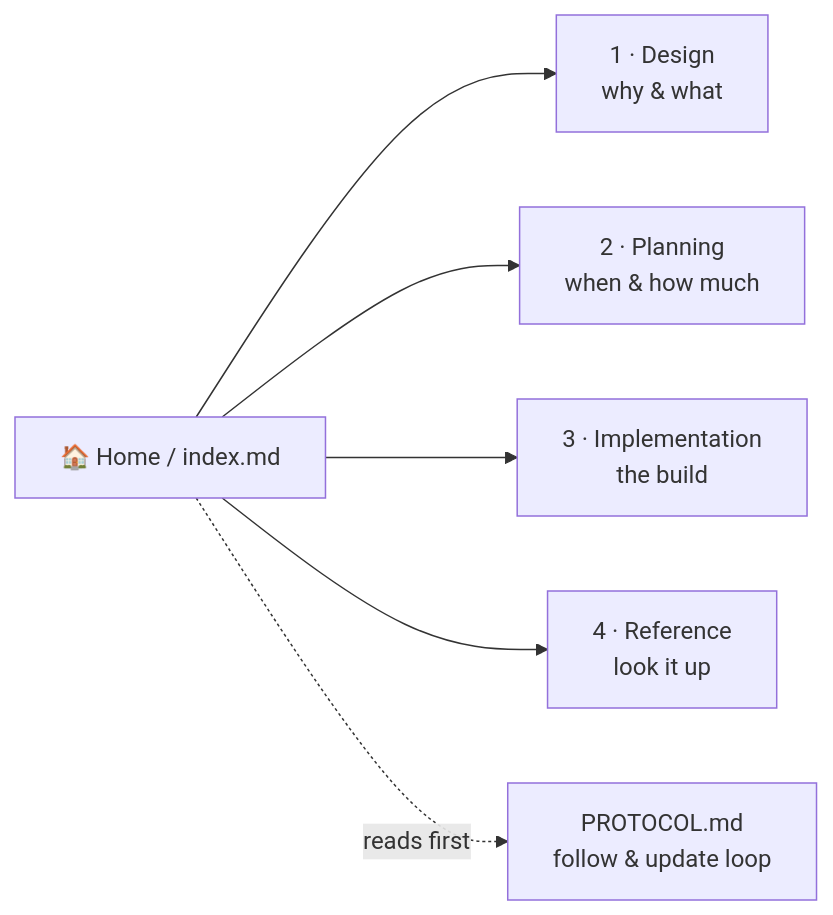
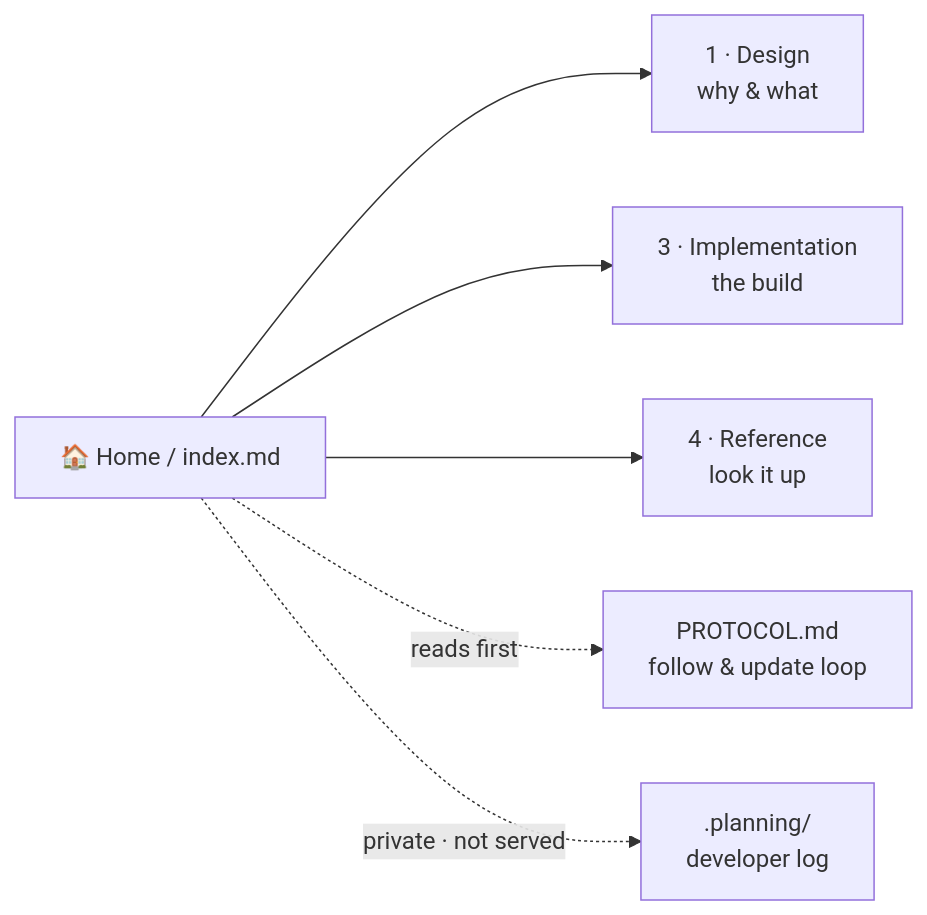
One commit to ASKKPOP/Noesis changed the diagram in wiki/index.md. Above: the diagram before and after it, drawn with Mermaid. The commit also changed other lines of this file and 10 other files, not shown here.

First line of the commit message:
docs: split system wiki (public) from developer log (private) — D-WIKI-06

````diff
--- a/wiki/index.md
+++ b/wiki/index.md
@@ -15,8 +17,8 @@
 ```mermaid
 flowchart LR
   H[🏠 Home / index.md] --> D[1 · Design<br/>why & what]
-  H --> P[2 · Planning<br/>when & how much]
   H --> I[3 · Implementation<br/>the build]
   H --> R[4 · Reference<br/>look it up]
   H -.reads first.-> PR[PROTOCOL.md<br/>follow & update loop]
+  H -.private · not served.-> DV[.planning/<br/>developer log]
 ```
````
